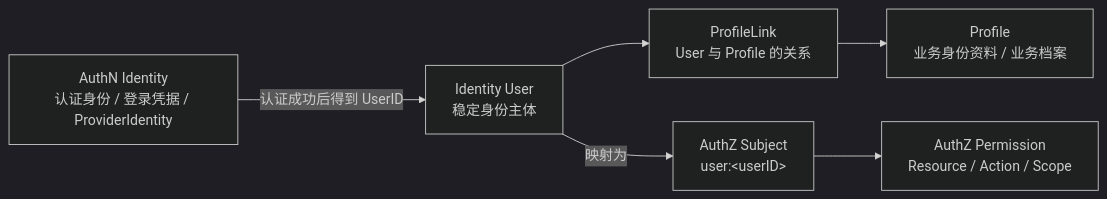
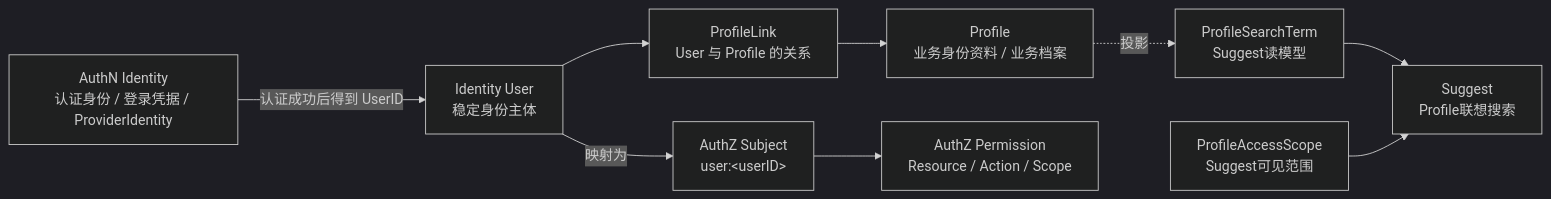
Before and after one commit to FangcunMount/iam: the diagram in docs/04-身份Identity/00-Identity模型总览-User-Profile-ProfileLink.md, drawn with Mermaid (dark theme). The commit also changed other lines of this file and 16 other files, not shown here.

````diff
--- a/docs/04-身份Identity/00-Identity模型总览-User-Profile-ProfileLink.md
+++ b/docs/04-身份Identity/00-Identity模型总览-User-Profile-ProfileLink.md
@@ -158,15 +171,21 @@
 ```mermaid
 flowchart LR
     AuthnIdentity["AuthN Identity<br/>认证身份 / 登录凭据 / ProviderIdentity"]
     User["Identity User<br/>稳定身份主体"]
     ProfileLink["ProfileLink<br/>User 与 Profile 的关系"]
     Profile["Profile<br/>业务身份资料 / 业务档案"]
     Subject["AuthZ Subject<br/>user:&lt;userID&gt;"]
     Permission["AuthZ Permission<br/>Resource / Action / Scope"]
+    Suggest["Suggest<br/>Profile联想搜索"]
+    SearchTerm["ProfileSearchTerm<br/>Suggest读模型"]
+    AccessScope["ProfileAccessScope<br/>Suggest可见范围"]
 
     AuthnIdentity -->|认证成功后得到 UserID| User
     User --> ProfileLink
     ProfileLink --> Profile
     User -->|映射为| Subject
     Subject --> Permission
+    Profile -.投影.-> SearchTerm
+    SearchTerm --> Suggest
+    AccessScope --> Suggest
 ```
````
